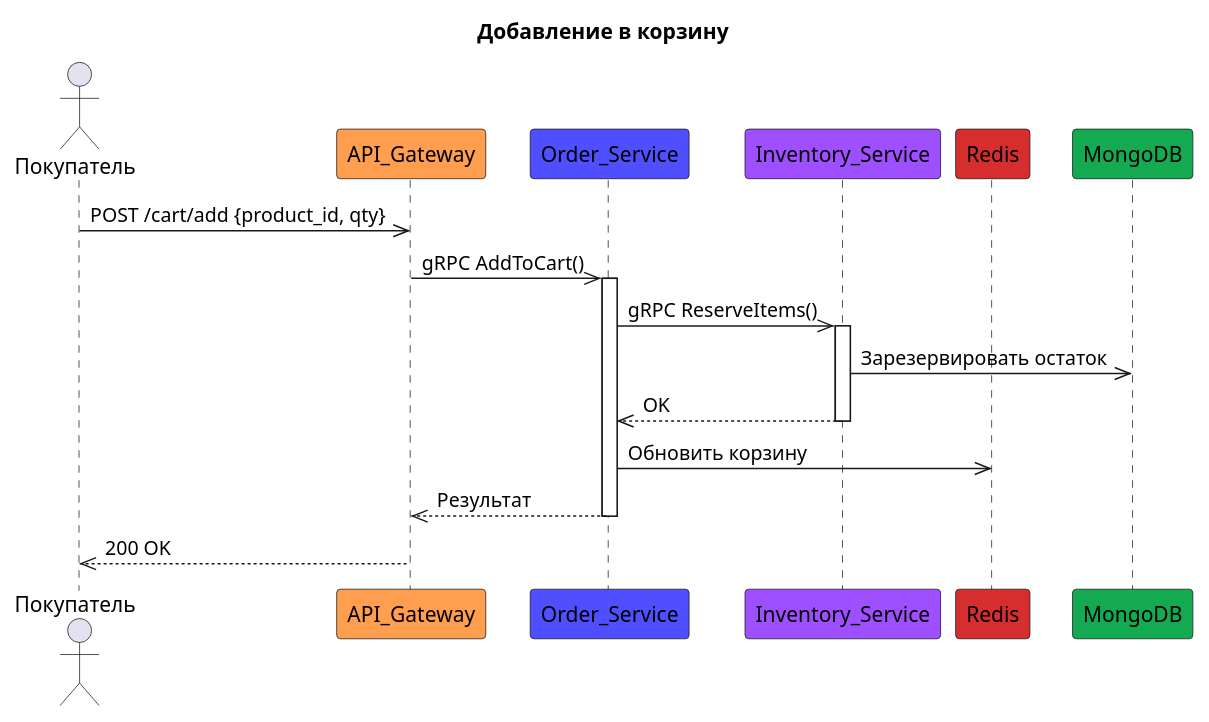
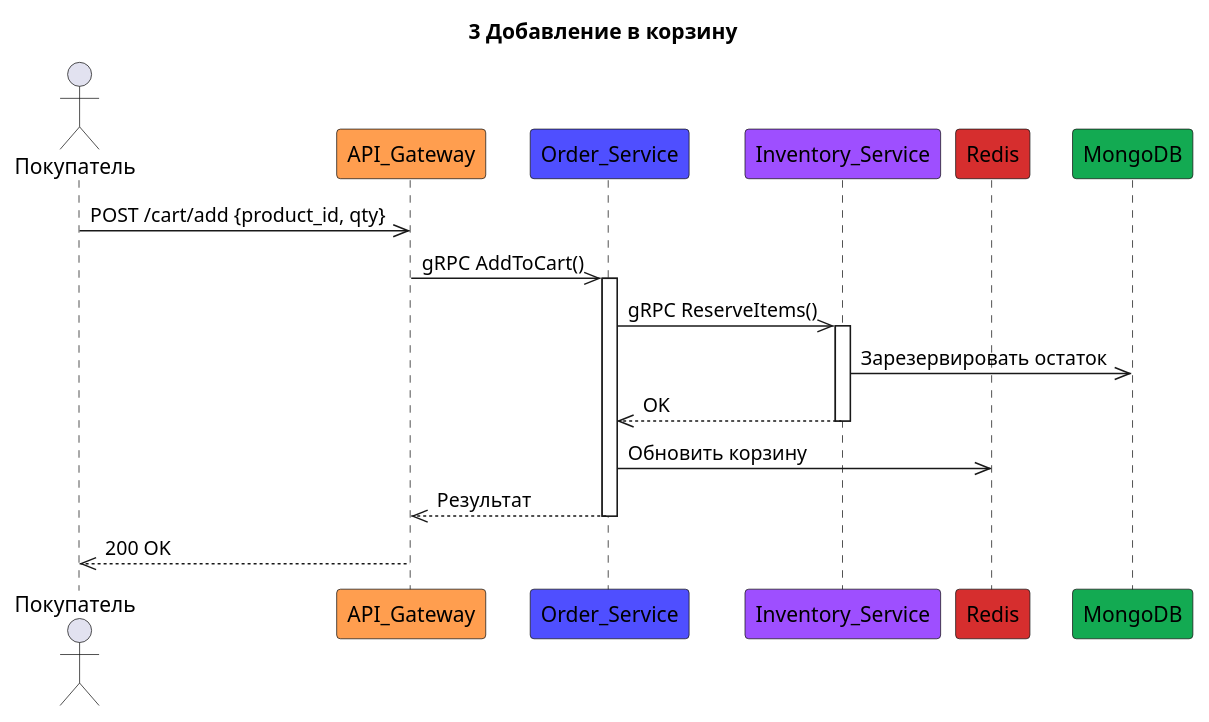
The diagram in sequence/03 Добавление в корзину.puml (puld/otus_am_dz2), drawn with PlantUML before and after one commit. The commit also changed 5 other files, not shown here.

Commit message:
добавил диаграммы

```diff
--- a/sequence/03 Добавление в корзину.puml
+++ b/sequence/03 Добавление в корзину.puml
@@ -1,18 +1,18 @@
 @startuml Добавление_в_корзину
-title Добавление в корзину
+title 3 Добавление в корзину
     actor Покупатель
     participant API_Gateway #ff9e4f
     participant Order_Service #4f4fff
     participant Inventory_Service #9e4fff
     participant Redis #d62e2e
     participant MongoDB #13aa52
 
     Покупатель ->> API_Gateway: POST /cart/add {product_id, qty}
     API_Gateway ->> Order_Service++: gRPC AddToCart()
     Order_Service ->> Inventory_Service++: gRPC ReserveItems()
     Inventory_Service ->> MongoDB: Зарезервировать остаток
     Order_Service <<-- Inventory_Service--: OK
     Order_Service ->> Redis: Обновить корзину
     API_Gateway <<-- Order_Service--: Результат
     API_Gateway -->> Покупатель: 200 OK
 @enduml
```
